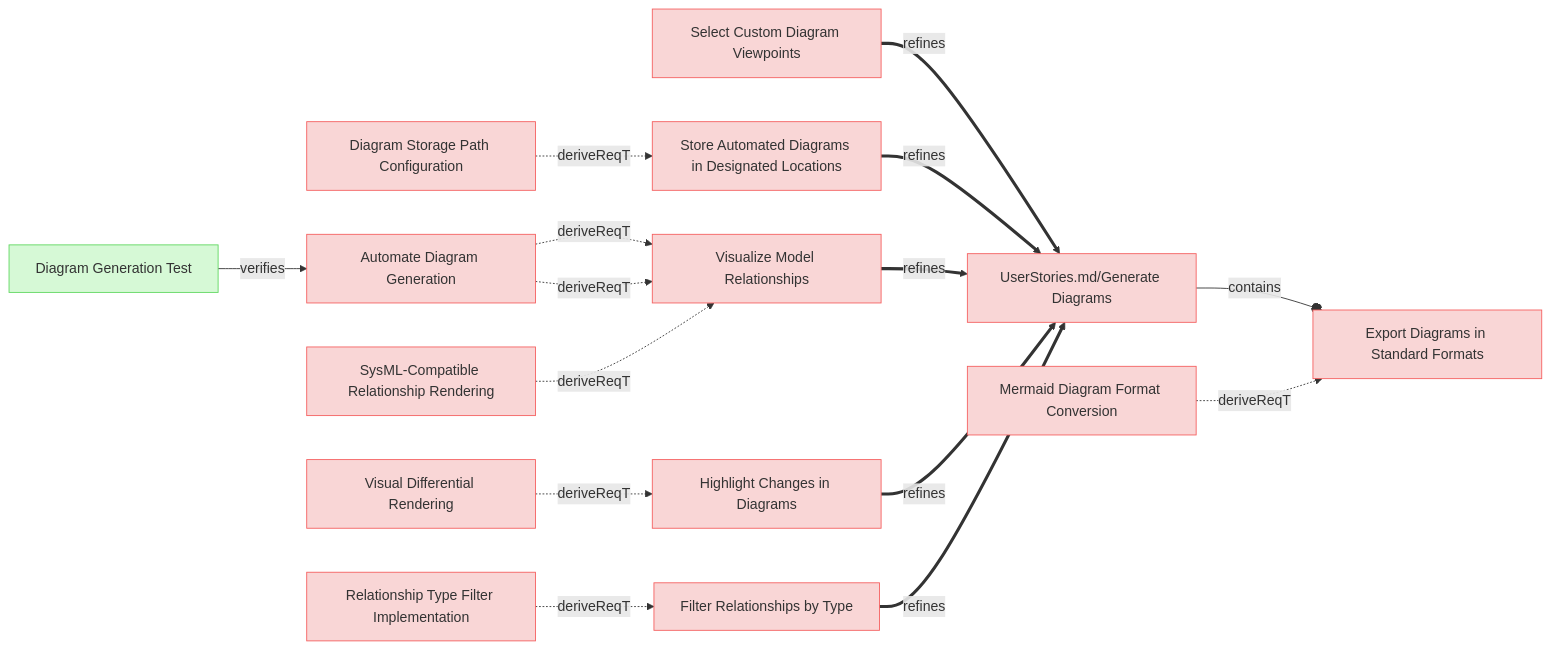
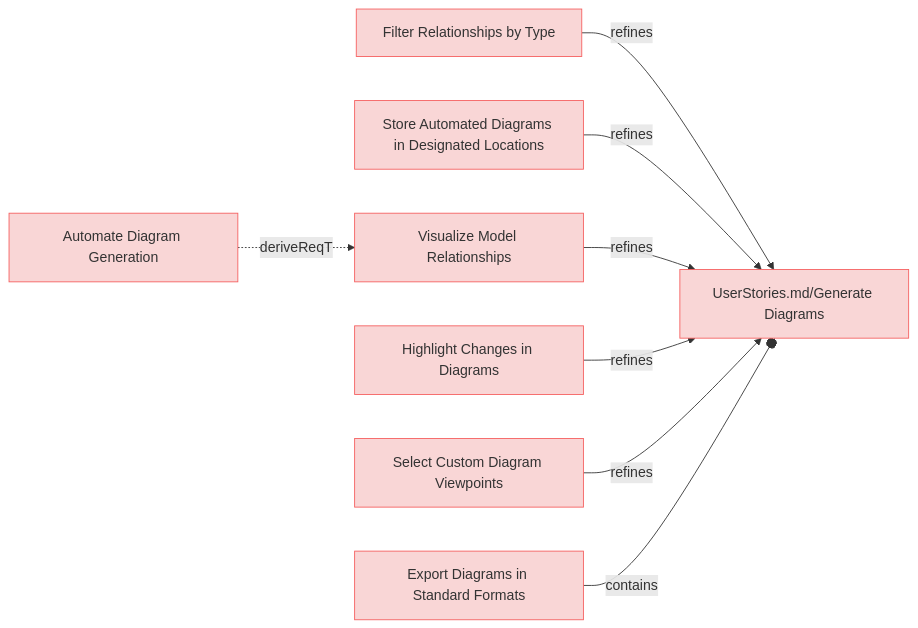
One commit to reqvire-org/reqvire changed the first of 9 diagrams in specifications/UserRequirements.md. Above: the diagram before and after it, drawn with Mermaid. The commit also changed other lines of this file and 65 other files, not shown here.

Commit message:
Diagram generation bug fix: there were opposite relations included.

````diff
--- a/specifications/UserRequirements.md
+++ b/specifications/UserRequirements.md
@@ -4,65 +4,40 @@
 ```mermaid
 graph LR;
   %% Graph styling
   classDef requirement fill:#f9d6d6,stroke:#f55f5f,stroke-width:1px;
   classDef verification fill:#d6f9d6,stroke:#5fd75f,stroke-width:1px;
   classDef externalLink fill:#d0e0ff,stroke:#3080ff,stroke-width:1px;
   classDef default fill:#f5f5f5,stroke:#333333,stroke-width:1px;
 
-  10c00a1bd1["Export Diagrams in Standard Formats"];
-  click 10c00a1bd1 "UserRequirements.md#export-diagrams-in-standard-formats";
-  class 10c00a1bd1 requirement;
-  cf0026c2fe["UserStories.md/Generate Diagrams"];
-  class cf0026c2fe requirement;
-  click cf0026c2fe "UserStories.md#generate-diagrams";
-  cf0026c2fe --o|contains| 10c00a1bd1;
-  a7ec66314a["Mermaid Diagram Format Conversion"];
-  class a7ec66314a requirement;
-  click a7ec66314a "SystemRequirements/Requirements.md#mermaid-diagram-format-conversion";
-  a7ec66314a -.->|deriveReqT| 10c00a1bd1;
-  30053341d8["Select Custom Diagram Viewpoints"];
-  click 30053341d8 "UserRequirements.md#select-custom-diagram-viewpoints";
-  class 30053341d8 requirement;
-  30053341d8 ==>|refines| cf0026c2fe;
-  aee397f35b["Store Automated Diagrams in Designated Locations"];
-  click aee397f35b "UserRequirements.md#store-automated-diagrams-in-designated-locations";
-  class aee397f35b requirement;
-  aee397f35b ==>|refines| cf0026c2fe;
-  191d27287e["Diagram Storage Path Configuration"];
-  class 191d27287e requirement;
-  click 191d27287e "SystemRequirements/Requirements.md#diagram-storage-path-configuration";
-  191d27287e -.->|deriveReqT| aee397f35b;
-  81f9235ded["Automate Diagram Generation"];
-  click 81f9235ded "UserRequirements.md#automate-diagram-generation";
-  class 81f9235ded requirement;
-  a6a8362836["Visualize Model Relationships"];
-  class a6a8362836 requirement;
-  click a6a8362836 "UserRequirements.md#visualize-model-relationships";
-  81f9235ded -.->|deriveReqT| a6a8362836;
-  b95c73d7b3["Diagram Generation Test"];
-  class b95c73d7b3 verification;
-  click b95c73d7b3 "Verifications/DiagramsTests.md#diagram-generation-test";
-  b95c73d7b3 -->|verifies| 81f9235ded;
-  a6a8362836 ==>|refines| cf0026c2fe;
-  c826c1ee7c["SysML-Compatible Relationship Rendering"];
-  class c826c1ee7c requirement;
-  click c826c1ee7c "SystemRequirements/Requirements.md#sysml-compatible-relationship-rendering";
-  c826c1ee7c -.->|deriveReqT| a6a8362836;
-  81f9235ded -.->|deriveReqT| a6a8362836;
-  fd7388e379["Highlight Changes in Diagrams"];
-  click fd7388e379 "UserRequirements.md#highlight-changes-in-diagrams";
-  class fd7388e379 requirement;
-  fd7388e379 ==>|refines| cf0026c2fe;
-  9860815d52["Visual Differential Rendering"];
-  class 9860815d52 requirement;
-  click 9860815d52 "SystemRequirements/Requirements.md#visual-differential-rendering";
-  9860815d52 -.->|deriveReqT| fd7388e379;
-  30d97803eb["Filter Relationships by Type"];
-  click 30d97803eb "UserRequirements.md#filter-relationships-by-type";
-  class 30d97803eb requirement;
-  30d97803eb ==>|refines| cf0026c2fe;
-  1414e7f889["Relationship Type Filter Implementation"];
-  class 1414e7f889 requirement;
-  click 1414e7f889 "SystemRequirements/Requirements.md#relationship-type-filter-implementation";
-  1414e7f889 -.->|deriveReqT| 30d97803eb;
+  30d97803eba68a13["Filter Relationships by Type"];
+  click 30d97803eba68a13 "UserRequirements.md#filter-relationships-by-type";
+  class 30d97803eba68a13 requirement;
+  cf0026c2feeb1e0f["UserStories.md/Generate Diagrams"];
+  class cf0026c2feeb1e0f requirement;
+  click cf0026c2feeb1e0f "UserStories.md#generate-diagrams";
+  30d97803eba68a13 -->|refines| cf0026c2feeb1e0f;
+  aee397f35b867556["Store Automated Diagrams in Designated Locations"];
+  click aee397f35b867556 "UserRequirements.md#store-automated-diagrams-in-designated-locations";
+  class aee397f35b867556 requirement;
+  aee397f35b867556 -->|refines| cf0026c2feeb1e0f;
+  a6a836283607bf45["Visualize Model Relationships"];
+  click a6a836283607bf45 "UserRequirements.md#visualize-model-relationships";
+  class a6a836283607bf45 requirement;
+  a6a836283607bf45 -->|refines| cf0026c2feeb1e0f;
+  81f9235dedaea6a9["Automate Diagram Generation"];
+  click 81f9235dedaea6a9 "UserRequirements.md#automate-diagram-generation";
+  class 81f9235dedaea6a9 requirement;
+  81f9235dedaea6a9 -.->|deriveReqT| a6a836283607bf45;
+  fd7388e379372d7b["Highlight Changes in Diagrams"];
+  click fd7388e379372d7b "UserRequirements.md#highlight-changes-in-diagrams";
+  class fd7388e379372d7b requirement;
+  fd7388e379372d7b -->|refines| cf0026c2feeb1e0f;
+  30053341d874971a["Select Custom Diagram Viewpoints"];
+  click 30053341d874971a "UserRequirements.md#select-custom-diagram-viewpoints";
+  class 30053341d874971a requirement;
+  30053341d874971a -->|refines| cf0026c2feeb1e0f;
+  10c00a1bd12fefa5["Export Diagrams in Standard Formats"];
+  click 10c00a1bd12fefa5 "UserRequirements.md#export-diagrams-in-standard-formats";
+  class 10c00a1bd12fefa5 requirement;
+  10c00a1bd12fefa5 --o|contains| cf0026c2feeb1e0f;
 ```
````
